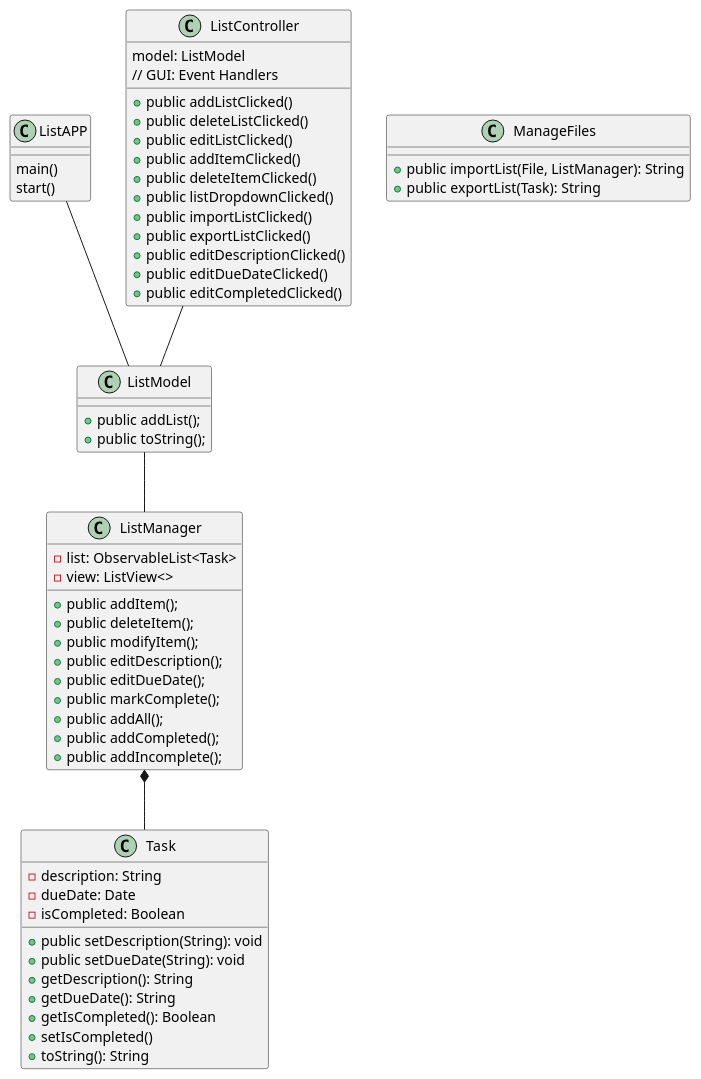
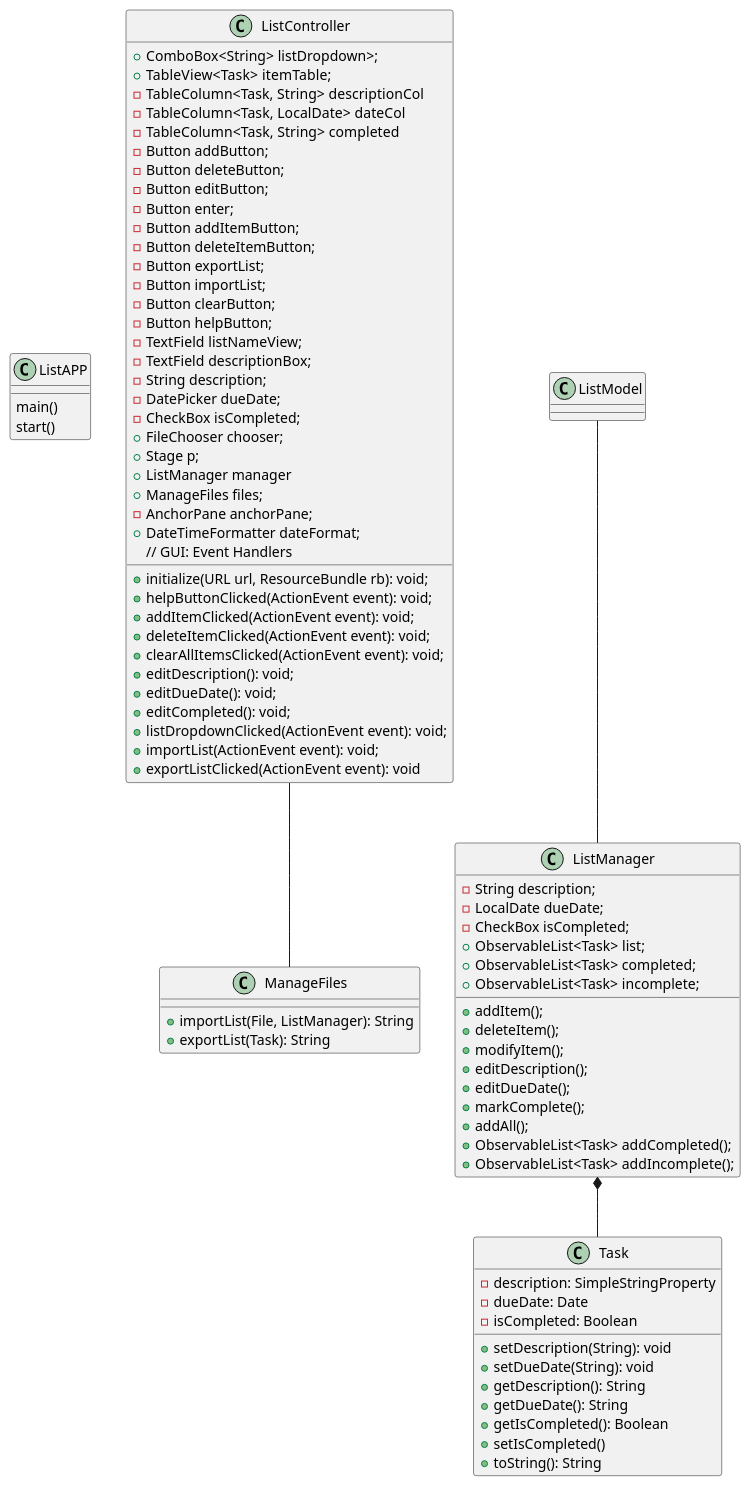
One commit to HarshBrownsVI/Inventory-Application changed the diagram in uml/ListControl.puml. Above: the diagram before and after it, drawn with PlantUML.

```diff
--- a/uml/ListControl.puml
+++ b/uml/ListControl.puml
@@ -1,73 +1,95 @@
 @startuml
 'https://plantuml.com/class-diagram
 
 class ListAPP{
 main()
 start()
 }
 
 class ListController
 {
-model: ListModel
++ ComboBox<String> listDropdown>;
++ TableView<Task> itemTable;
+- TableColumn<Task, String> descriptionCol
+- TableColumn<Task, LocalDate> dateCol
+- TableColumn<Task, String> completed
+- Button addButton;
+- Button deleteButton;
+- Button editButton;
+- Button enter;
+- Button addItemButton;
+- Button deleteItemButton;
+- Button exportList;
+- Button importList;
+- Button clearButton;
+- Button helpButton;
+- TextField listNameView;
+- TextField descriptionBox;
+- String description;
+- DatePicker dueDate;
+- CheckBox isCompleted;
++ FileChooser chooser;
++ Stage p;
++ ListManager manager
++ ManageFiles files;
+- AnchorPane anchorPane;
++ DateTimeFormatter dateFormat;
 // GUI: Event Handlers
-+ public addListClicked()
-+ public deleteListClicked()
-+ public editListClicked()
-+ public addItemClicked()
-+ public deleteItemClicked()
-+ public listDropdownClicked()
-+ public importListClicked()
-+ public exportListClicked()
-+ public editDescriptionClicked()
-+ public editDueDateClicked()
-+ public editCompletedClicked()
-
-}
-
-class ListModel{
-+public addList();
-+public toString();
++  initialize(URL url, ResourceBundle rb): void;
++  helpButtonClicked(ActionEvent event): void;
++  addItemClicked(ActionEvent event): void;
++  deleteItemClicked(ActionEvent event): void;
++  clearAllItemsClicked(ActionEvent event): void;
++  editDescription(): void;
++  editDueDate(): void;
++  editCompleted(): void;
++  listDropdownClicked(ActionEvent event): void;
++  importList(ActionEvent event): void;
++  exportListClicked(ActionEvent event): void
 }
 
 class ListManager
 {
- - list: ObservableList<Task>
- - view: ListView<>
-+ public addItem();
-+ public deleteItem();
-+public modifyItem();
-+public editDescription();
-+public editDueDate();
-+public markComplete();
-+public addAll();
-+public addCompleted();
-+public addIncomplete();
+- String description;
+- LocalDate dueDate;
+- CheckBox isCompleted;
++ ObservableList<Task> list;
++ ObservableList<Task> completed;
++ ObservableList<Task> incomplete;
++ addItem();
++ deleteItem();
++ modifyItem();
++ editDescription();
++ editDueDate();
++ markComplete();
++ addAll();
++ ObservableList<Task> addCompleted();
++ ObservableList<Task> addIncomplete();
 
 
 }
-ListAPP-- ListModel
-ListController -- ListModel
 ListModel -- ListManager
 ListManager*-- Task
+ListController -- ManageFiles
 
 class ManageFiles
 {
-+public importList(File, ListManager): String
-+public exportList(Task): String
++ importList(File, ListManager): String
++ exportList(Task): String
 
 }
 class Task{
-    -description: String
+    -description: SimpleStringProperty
     -dueDate: Date
     -isCompleted: Boolean
 
-    +public setDescription(String): void
-    +public setDueDate(String): void
+    +setDescription(String): void
+    +setDueDate(String): void
     +getDescription(): String
     +getDueDate(): String
     +getIsCompleted(): Boolean
     +setIsCompleted()
     +toString(): String
 }
 
 @enduml
```
